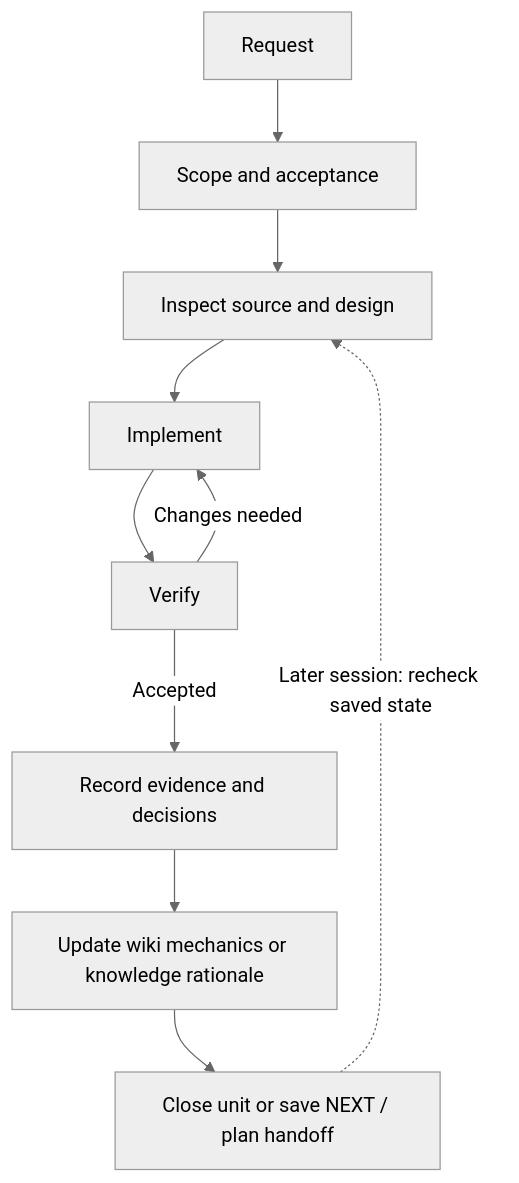
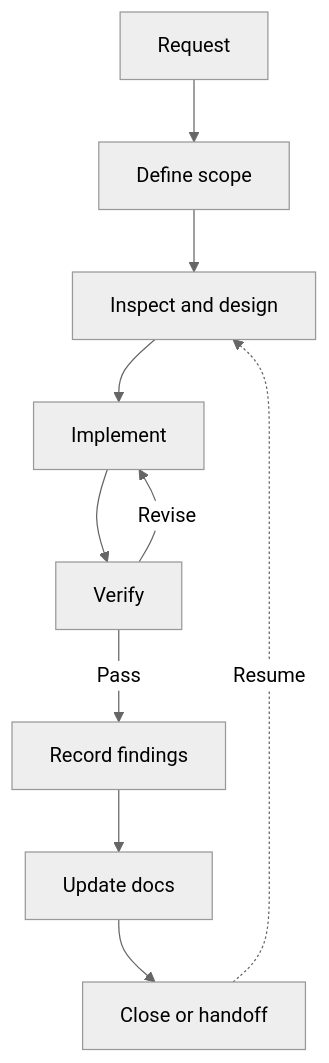
One commit to ARCLIGHTSTRVL/harness_codex changed the diagram in README.md. Above: the diagram before and after it, drawn with Mermaid (neutral theme). The commit also changed other lines of this file, not shown here.

Commit message:
docs: shorten workflow labels to avoid clipping

````diff
--- a/README.md
+++ b/README.md
@@ -95,12 +98,12 @@
 ```mermaid
 flowchart TD
-    R[Request] --> S[Scope and acceptance]
-    S --> D[Inspect source and design]
+    R[Request] --> S[Define scope]
+    S --> D[Inspect and design]
     D --> I[Implement]
     I --> V[Verify]
-    V -->|Changes needed| I
-    V -->|Accepted| E[Record evidence and decisions]
-    E --> A[Update wiki mechanics or knowledge rationale]
-    A --> H[Close unit or save NEXT / plan handoff]
-    H -. Later session: recheck saved state .-> D
+    V -->|Revise| I
+    V -->|Pass| E[Record findings]
+    E --> A[Update docs]
+    A --> H[Close or handoff]
+    H -. Resume .-> D
 ```
````
